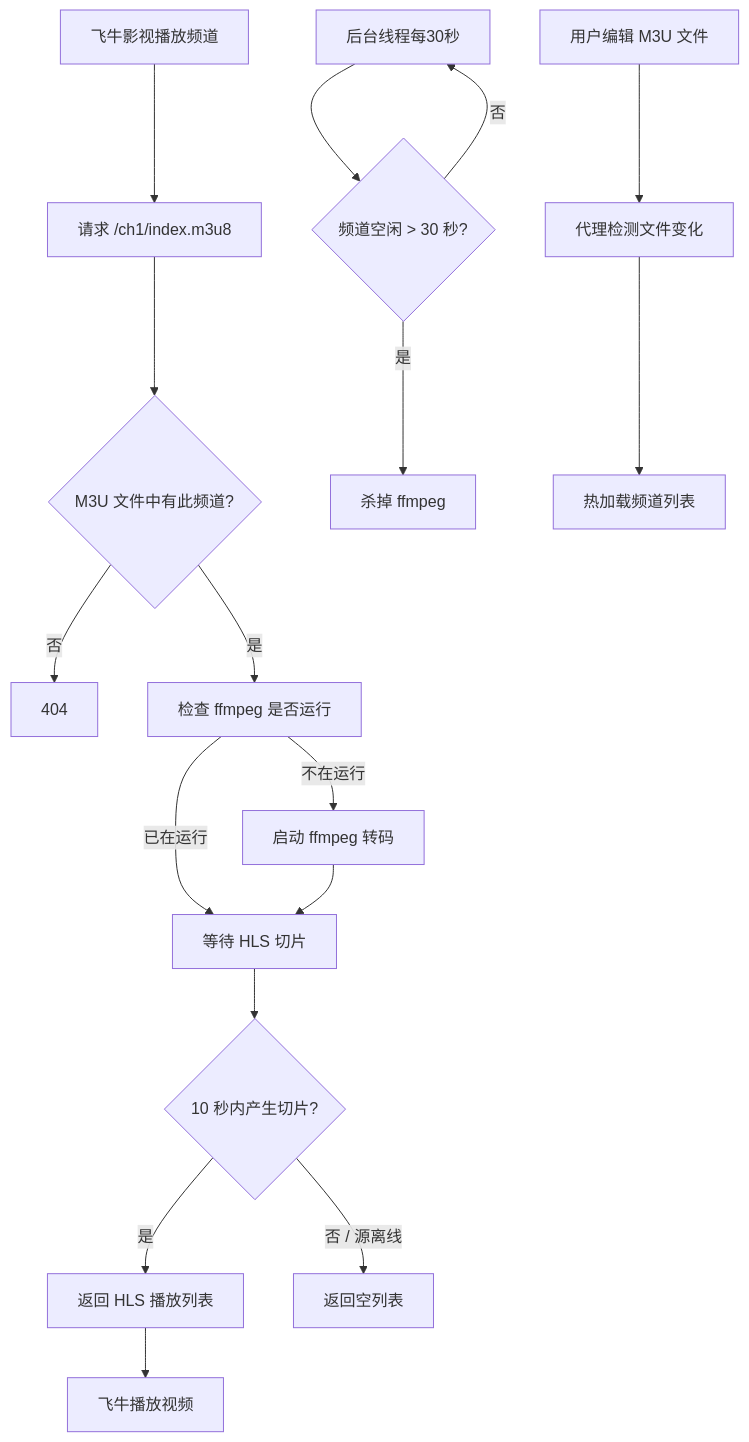
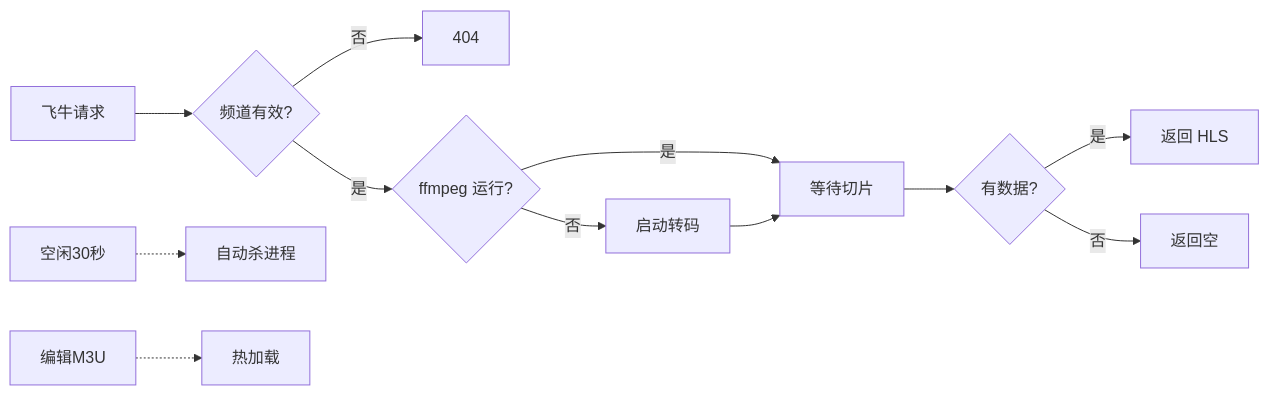
The diagram in README.md (chanhuan1/fntv-iptv-proxy), drawn with Mermaid before and after one commit.

Commit message:
docs: compact flow diagram

````diff
--- a/README.md
+++ b/README.md
@@ -7,21 +7,14 @@
 ```mermaid
-flowchart TB
-    A[飞牛影视播放频道] --> B[请求 /ch1/index.m3u8]
-    B --> C{M3U 文件中有此频道?}
-    C -->|否| D[404]
-    C -->|是| E[检查 ffmpeg 是否运行]
-    E -->|不在运行| F[启动 ffmpeg 转码]
-    E -->|已在运行| G[等待 HLS 切片]
-    F --> G
-    G --> H{10 秒内产生切片?}
-    H -->|是| I[返回 HLS 播放列表]
-    H -->|否 / 源离线| J[返回空列表]
-    I --> K[飞牛播放视频]
-    
-    L[后台线程每30秒] --> M{频道空闲 > 30 秒?}
-    M -->|是| N[杀掉 ffmpeg]
-    M -->|否| L
-    
-    O[用户编辑 M3U 文件] --> P[代理检测文件变化]
-    P --> Q[热加载频道列表]
+flowchart LR
+    A[飞牛请求] --> B{频道有效?}
+    B -->|否| C[404]
+    B -->|是| D{ffmpeg 运行?}
+    D -->|否| E[启动转码]
+    D -->|是| F[等待切片]
+    E --> F
+    F --> G{有数据?}
+    G -->|是| H[返回 HLS]
+    G -->|否| I[返回空]
+    J[空闲30秒] -.-> K[自动杀进程]
+    L[编辑M3U] -.-> M[热加载]
 ```
````
